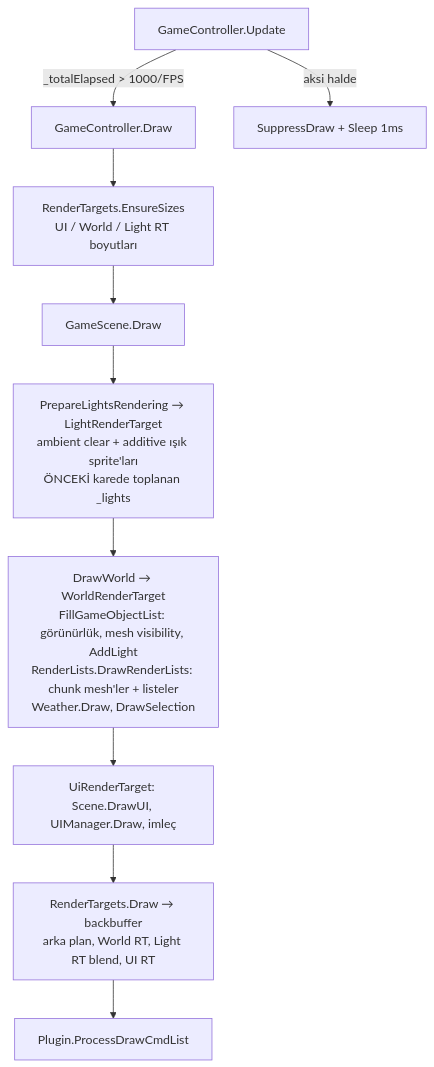
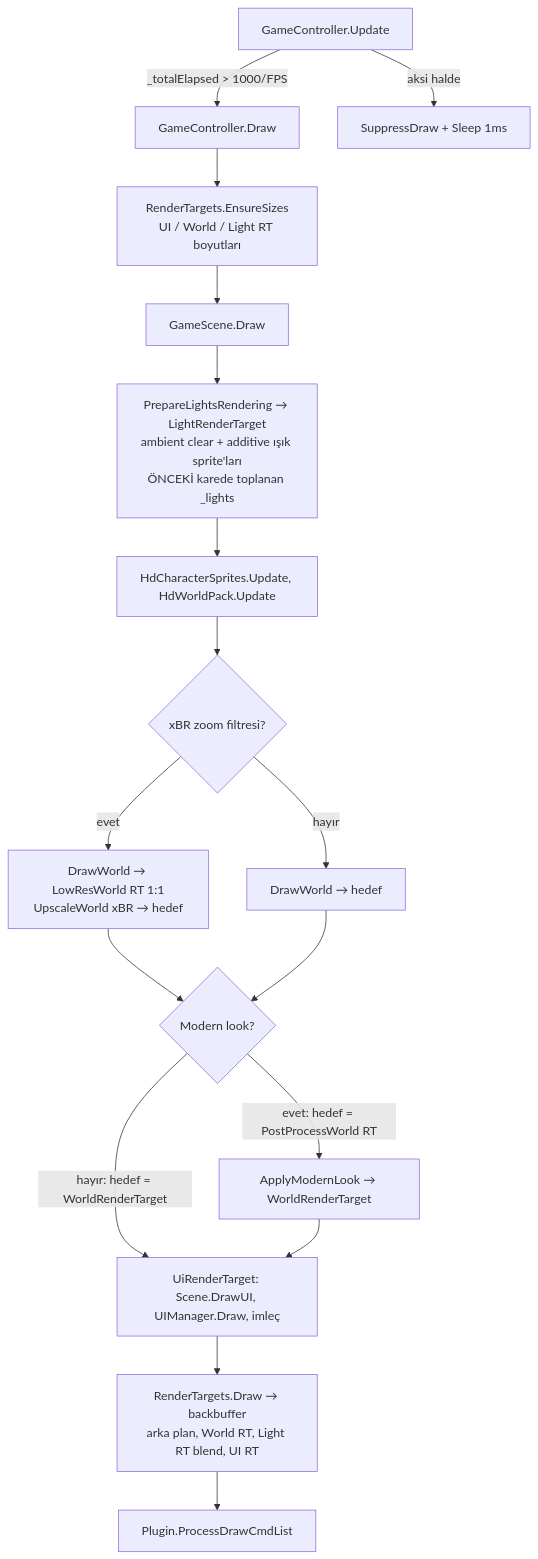
Before and after one commit to Yunusolcay/classicUO-T: the diagram in docs/arch/rendering.md, drawn with Mermaid. The commit also changed other lines of this file and 3 other files, not shown here.

Commit message:
docs: map classicUO-T render features, compose lights before Modern look (MIG-8)

````diff
--- a/docs/arch/rendering.md
+++ b/docs/arch/rendering.md
@@ -9,12 +9,19 @@
 ```mermaid
 flowchart TD
     U[GameController.Update] -->|"_totalElapsed > 1000/FPS"| D[GameController.Draw]
     U -->|aksi halde| S[SuppressDraw + Sleep 1ms]
     D --> R0[RenderTargets.EnsureSizes<br/>UI / World / Light RT boyutları]
     R0 --> G[GameScene.Draw]
     G --> L[PrepareLightsRendering → LightRenderTarget<br/>ambient clear + additive ışık sprite'ları<br/>ÖNCEKİ karede toplanan _lights]
-    L --> W[DrawWorld → WorldRenderTarget<br/>FillGameObjectList: görünürlük, mesh visibility, AddLight<br/>RenderLists.DrawRenderLists: chunk mesh'ler + listeler<br/>Weather.Draw, DrawSelection]
-    W --> UI[UiRenderTarget: Scene.DrawUI, UIManager.Draw, imleç]
+    L --> H[HdCharacterSprites.Update, HdWorldPack.Update]
+    H --> W{xBR zoom filtresi?}
+    W -->|evet| W1[DrawWorld → LowResWorld RT 1:1<br/>UpscaleWorld xBR → hedef]
+    W -->|hayır| W2[DrawWorld → hedef]
+    W1 --> M{Modern look?}
+    W2 --> M
+    M -->|evet: hedef = PostProcessWorld RT| ML[ApplyModernLook → WorldRenderTarget]
+    M -->|hayır: hedef = WorldRenderTarget| UI
+    ML --> UI[UiRenderTarget: Scene.DrawUI, UIManager.Draw, imleç]
     UI --> C[RenderTargets.Draw → backbuffer<br/>arka plan, World RT, Light RT blend, UI RT]
     C --> P[Plugin.ProcessDrawCmdList]
 ```
````
